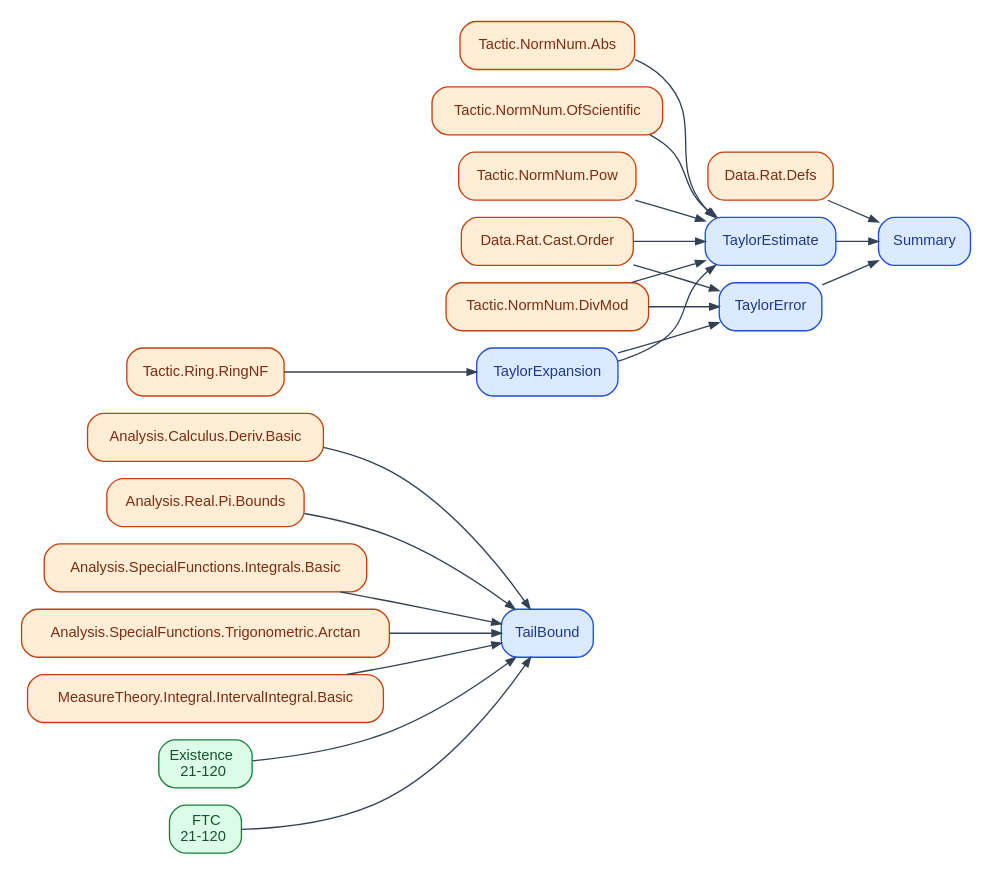
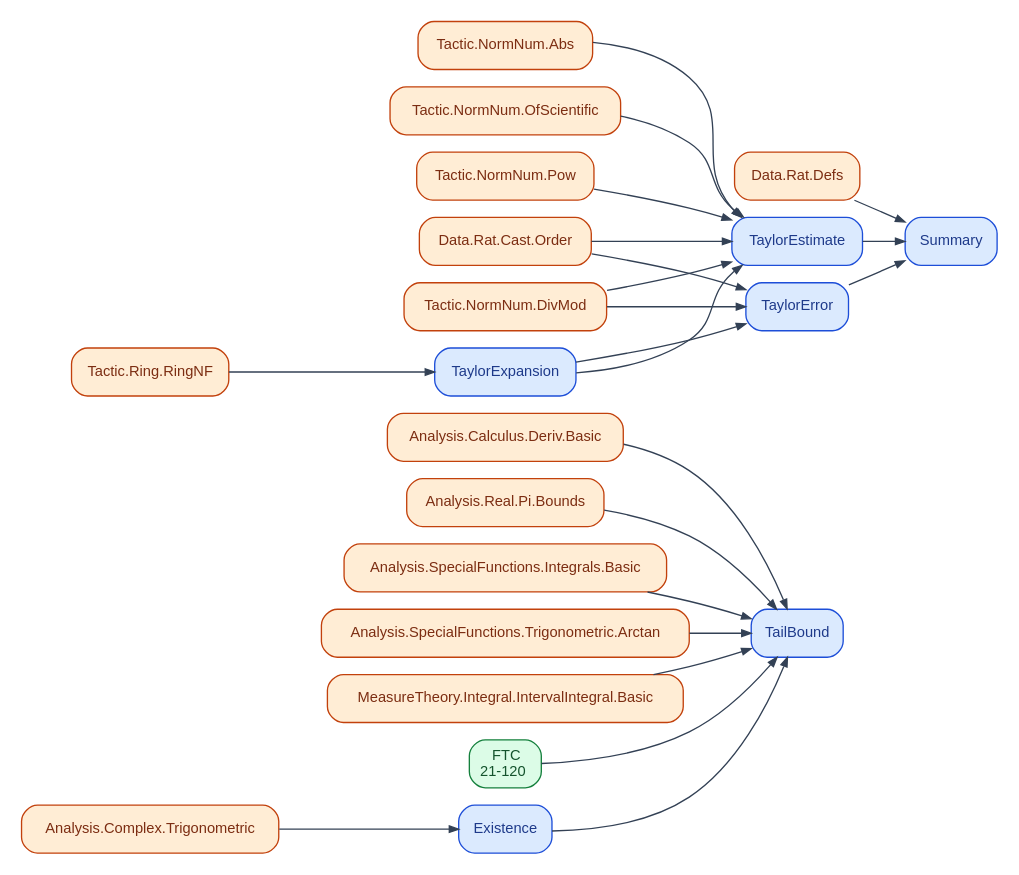
One commit to catskillsresearch/BachelorsInMeasurementTheory changed the diagram in figures/deps/Course21122.dot. Above: the diagram before and after it, drawn with Graphviz. The commit also changed 12 other files, not shown here.

```diff
--- a/figures/deps/Course21122.dot
+++ b/figures/deps/Course21122.dot
@@ -1,47 +1,49 @@
 digraph Course21122 {
   rankdir=LR;
   graph [nodesep=0.18, ranksep=0.45, pad=0.12, bgcolor="white"];
   node [shape=box, style="rounded,filled", fontname="Helvetica", fontsize=11];
   edge [color="#334155", arrowsize=0.7];
 
   LAnalysisCalculusDerivBasic [label="Analysis.Calculus.Deriv.Basic", fillcolor="#ffedd5", color="#c2410c", fontcolor="#7c2d12"];
+  LAnalysisComplexTrigonometric [label="Analysis.Complex.Trigonometric", fillcolor="#ffedd5", color="#c2410c", fontcolor="#7c2d12"];
   LAnalysisRealPiBounds [label="Analysis.Real.Pi.Bounds", fillcolor="#ffedd5", color="#c2410c", fontcolor="#7c2d12"];
   LAnalysisSpecialFunctionsIntegralsBasic [label="Analysis.SpecialFunctions.Integrals.Basic", fillcolor="#ffedd5", color="#c2410c", fontcolor="#7c2d12"];
   LAnalysisSpecialFunctionsTrigonometricArctan [label="Analysis.SpecialFunctions.Trigonometric.Arctan", fillcolor="#ffedd5", color="#c2410c", fontcolor="#7c2d12"];
   LDataRatCastOrder [label="Data.Rat.Cast.Order", fillcolor="#ffedd5", color="#c2410c", fontcolor="#7c2d12"];
   LDataRatDefs [label="Data.Rat.Defs", fillcolor="#ffedd5", color="#c2410c", fontcolor="#7c2d12"];
   LMeasureTheoryIntegralIntervalIntegralBasic [label="MeasureTheory.Integral.IntervalIntegral.Basic", fillcolor="#ffedd5", color="#c2410c", fontcolor="#7c2d12"];
   LTacticNormNumAbs [label="Tactic.NormNum.Abs", fillcolor="#ffedd5", color="#c2410c", fontcolor="#7c2d12"];
   LTacticNormNumDivMod [label="Tactic.NormNum.DivMod", fillcolor="#ffedd5", color="#c2410c", fontcolor="#7c2d12"];
   LTacticNormNumOfScientific [label="Tactic.NormNum.OfScientific", fillcolor="#ffedd5", color="#c2410c", fontcolor="#7c2d12"];
   LTacticNormNumPow [label="Tactic.NormNum.Pow", fillcolor="#ffedd5", color="#c2410c", fontcolor="#7c2d12"];
   LTacticRingRingNF [label="Tactic.Ring.RingNF", fillcolor="#ffedd5", color="#c2410c", fontcolor="#7c2d12"];
-  MExistence [label=<Existence<br/>21-120>, fillcolor="#dcfce7", color="#15803d", fontcolor="#14532d"];
   MFTC [label=<FTC<br/>21-120>, fillcolor="#dcfce7", color="#15803d", fontcolor="#14532d"];
+  MExistence [label="Existence", fillcolor="#dbeafe", color="#1d4ed8", fontcolor="#1e3a8a"];
   MTailBound [label="TailBound", fillcolor="#dbeafe", color="#1d4ed8", fontcolor="#1e3a8a"];
   MTaylorExpansion [label="TaylorExpansion", fillcolor="#dbeafe", color="#1d4ed8", fontcolor="#1e3a8a"];
   MTaylorEstimate [label="TaylorEstimate", fillcolor="#dbeafe", color="#1d4ed8", fontcolor="#1e3a8a"];
   MTaylorError [label="TaylorError", fillcolor="#dbeafe", color="#1d4ed8", fontcolor="#1e3a8a"];
   MSummary [label="Summary", fillcolor="#dbeafe", color="#1d4ed8", fontcolor="#1e3a8a"];
 
+  LAnalysisComplexTrigonometric -> MExistence;
   LMeasureTheoryIntegralIntervalIntegralBasic -> MTailBound;
-  LAnalysisRealPiBounds -> MTailBound;
   LAnalysisCalculusDerivBasic -> MTailBound;
   LAnalysisSpecialFunctionsIntegralsBasic -> MTailBound;
+  LAnalysisRealPiBounds -> MTailBound;
   LAnalysisSpecialFunctionsTrigonometricArctan -> MTailBound;
   MFTC -> MTailBound;
   MExistence -> MTailBound;
   LTacticRingRingNF -> MTaylorExpansion;
+  LTacticNormNumPow -> MTaylorEstimate;
+  LTacticNormNumOfScientific -> MTaylorEstimate;
+  LTacticNormNumDivMod -> MTaylorEstimate;
   LDataRatCastOrder -> MTaylorEstimate;
-  LTacticNormNumDivMod -> MTaylorEstimate;
   LTacticNormNumAbs -> MTaylorEstimate;
-  LTacticNormNumOfScientific -> MTaylorEstimate;
-  LTacticNormNumPow -> MTaylorEstimate;
   MTaylorExpansion -> MTaylorEstimate;
+  LTacticNormNumDivMod -> MTaylorError;
   LDataRatCastOrder -> MTaylorError;
-  LTacticNormNumDivMod -> MTaylorError;
   MTaylorExpansion -> MTaylorError;
   LDataRatDefs -> MSummary;
+  MTaylorEstimate -> MSummary;
   MTaylorError -> MSummary;
-  MTaylorEstimate -> MSummary;
 }
```
